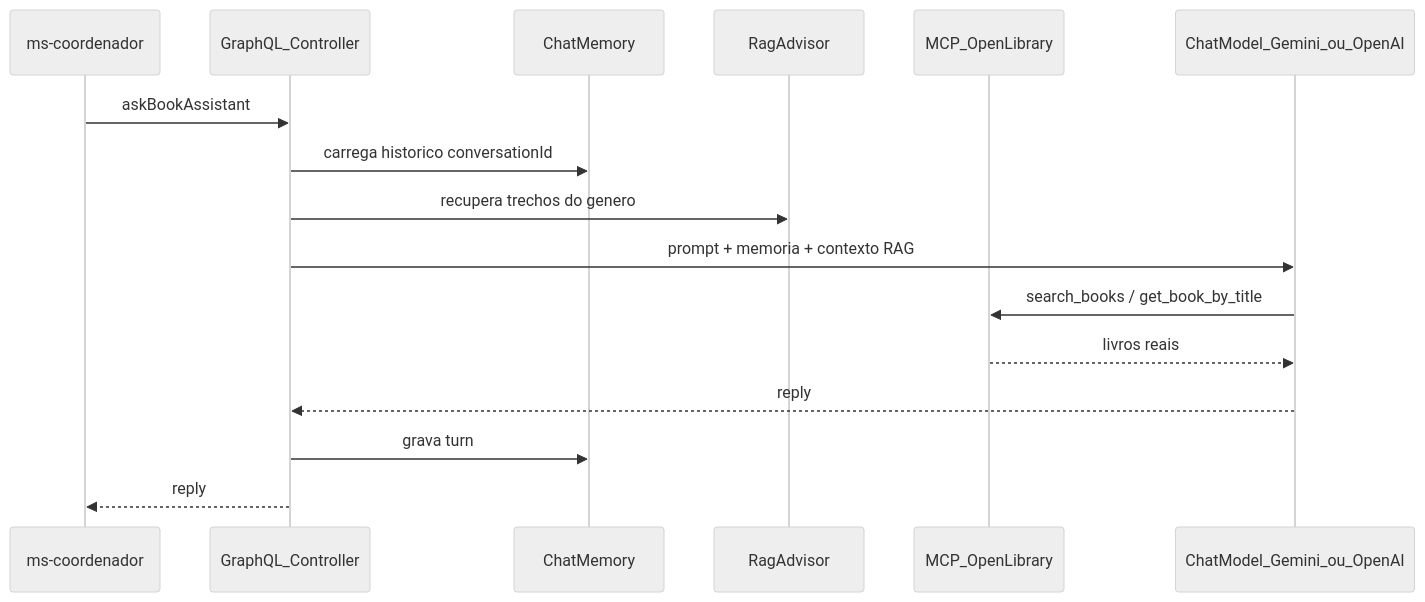
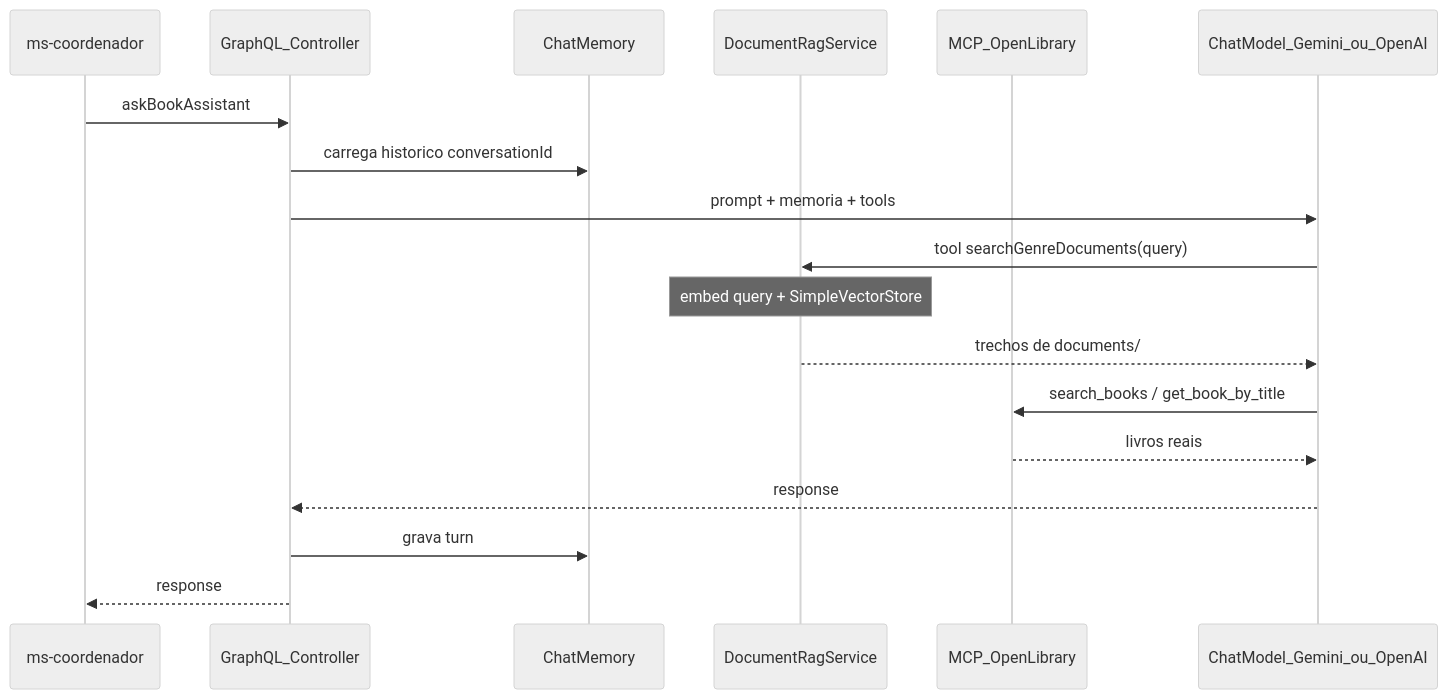
The first of 3 diagrams in docs/03-ms-ia.md (maycon-mdrs/ai-powered-web-application), drawn with Mermaid (neutral theme) before and after one commit. The commit also changed other lines of this file and 53 other files, not shown here.

First line of the commit message:
refactor: limpeza pré-banca com RAG por embeddings e contrato response

````diff
--- a/docs/03-ms-ia.md
+++ b/docs/03-ms-ia.md
@@ -21,18 +21,20 @@
 ```mermaid
 sequenceDiagram
   participant MS1 as ms-coordenador
   participant GQL as GraphQL_Controller
   participant Mem as ChatMemory
-  participant Rag as RagAdvisor
+  participant Rag as DocumentRagService
   participant Tools as MCP_OpenLibrary
   participant LLM as ChatModel_Gemini_ou_OpenAI
   MS1->>GQL: askBookAssistant
   GQL->>Mem: carrega historico conversationId
-  GQL->>Rag: recupera trechos do genero
-  GQL->>LLM: prompt + memoria + contexto RAG
+  GQL->>LLM: prompt + memoria + tools
+  LLM->>Rag: tool searchGenreDocuments(query)
+  Note over Rag: embed query + SimpleVectorStore
+  Rag-->>LLM: trechos de documents/
   LLM->>Tools: search_books / get_book_by_title
   Tools-->>LLM: livros reais
-  LLM-->>GQL: reply
+  LLM-->>GQL: response
   GQL->>Mem: grava turn
-  GQL-->>MS1: reply
+  GQL-->>MS1: response
 ```
````
